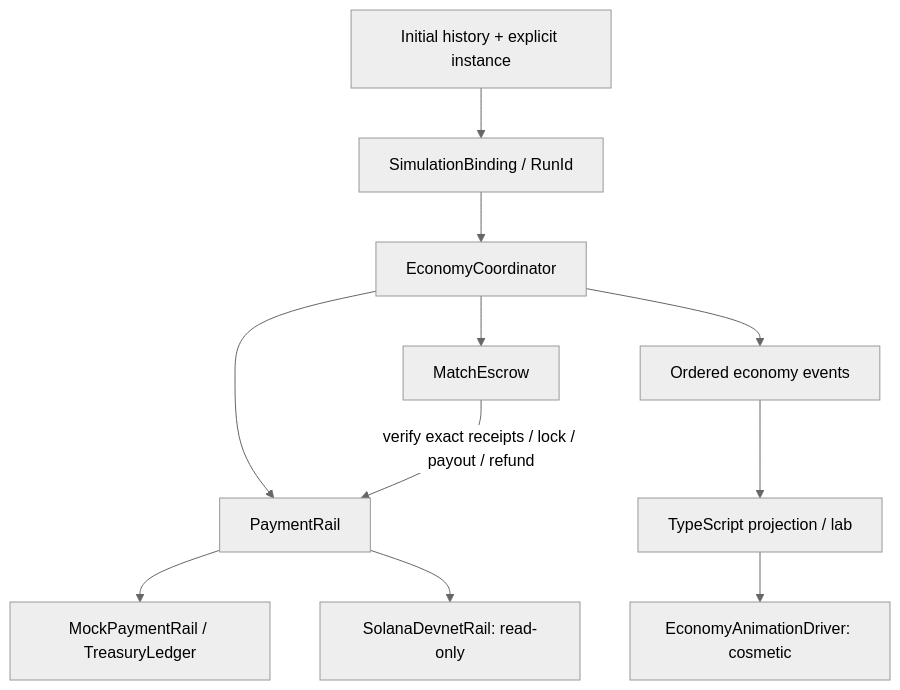
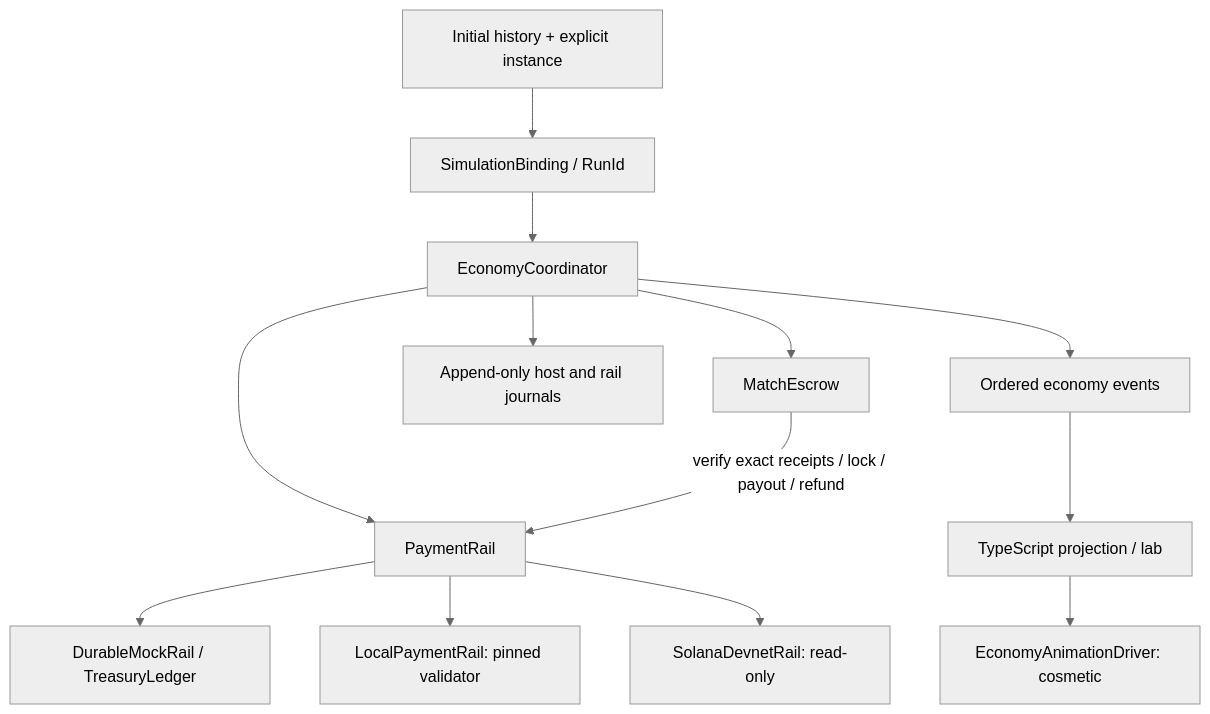
The second of 4 diagrams in docs/economy-architecture.md (lewodro/autonomous-agent-economy), drawn with Mermaid (neutral theme) before and after one commit. The commit also changed other lines of this file and 2 other files, not shown here.

Commit message:
hardening_017 correct durable funding status and architecture diagrams

````diff
--- a/docs/economy-architecture.md
+++ b/docs/economy-architecture.md
@@ -22,13 +22,15 @@
 ```mermaid
 flowchart TD
   Match[Initial history + explicit instance] --> Binding[SimulationBinding / RunId]
   Binding --> Coordinator[EconomyCoordinator]
   Coordinator --> Escrow[MatchEscrow]
   Coordinator --> Rail[PaymentRail]
   Escrow -->|verify exact receipts / lock / payout / refund| Rail
-  Rail --> Mock[MockPaymentRail / TreasuryLedger]
+  Rail --> Mock[DurableMockRail / TreasuryLedger]
+  Rail --> Local[LocalPaymentRail: pinned validator]
+  Coordinator --> Journal[Append-only host and rail journals]
   Rail --> Devnet[SolanaDevnetRail: read-only]
   Coordinator --> Events[Ordered economy events]
   Events --> View[TypeScript projection / lab]
   View --> Effects[EconomyAnimationDriver: cosmetic]
 ```
````
